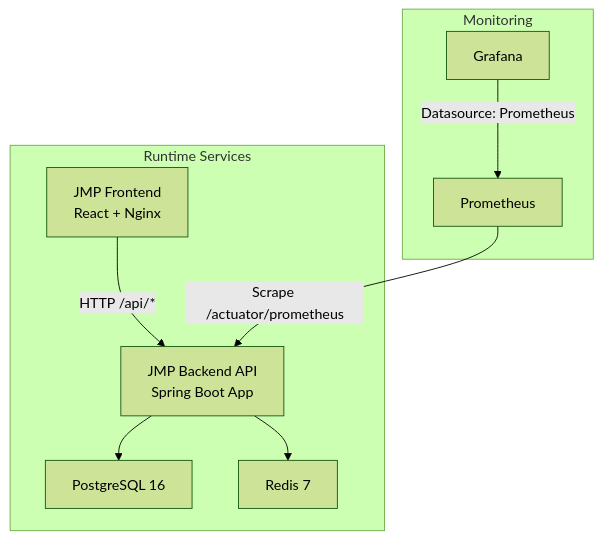
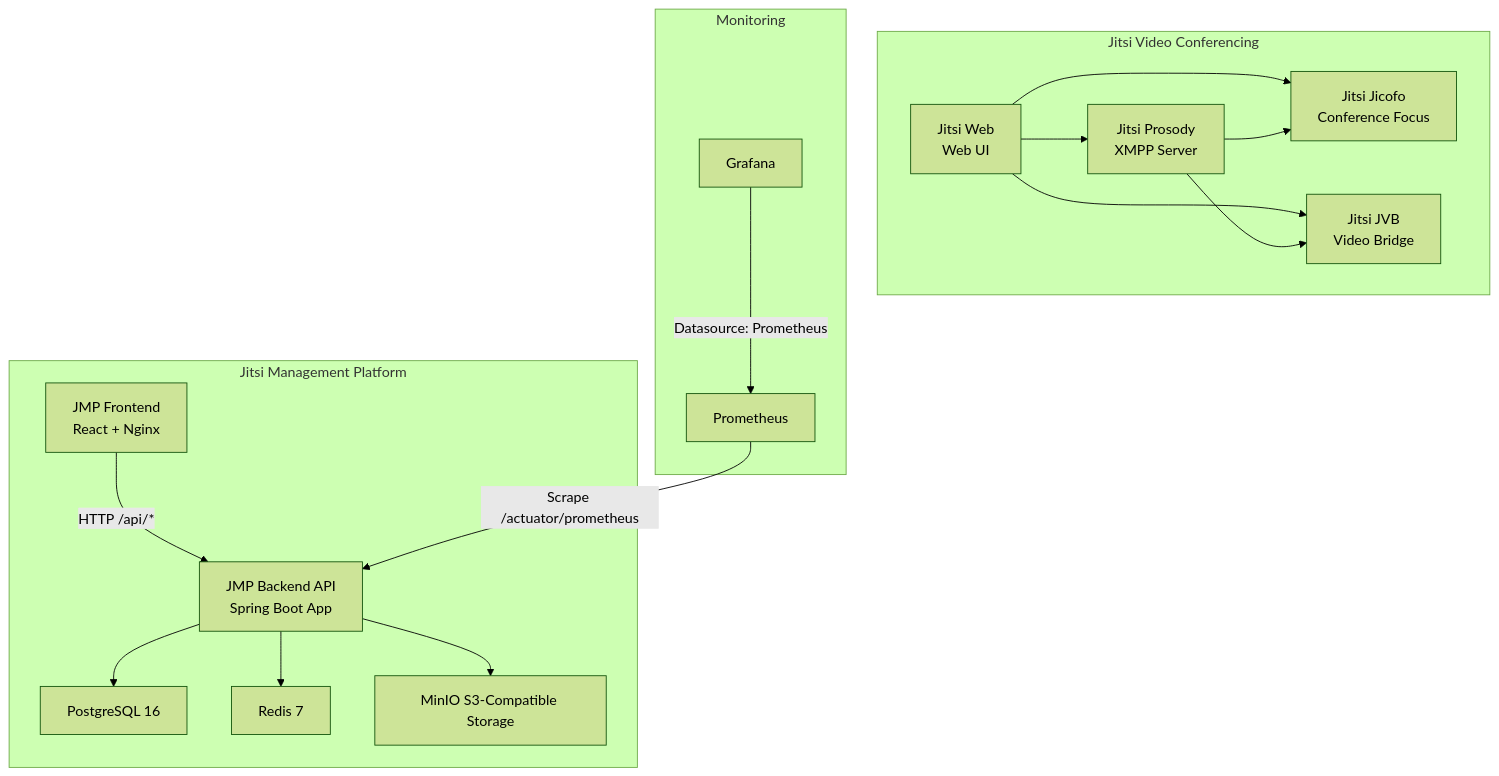
The first of 7 diagrams in .qoder/repowiki/en/content/Deployment and DevOps/Deployment and DevOps.md (Vostrikov2014/vks-qoder), drawn with Mermaid (forest theme) before and after one commit. The commit also changed other lines of this file and 9 other files, not shown here.

````diff
--- a/.qoder/repowiki/en/content/Deployment and DevOps/Deployment and DevOps.md
+++ b/.qoder/repowiki/en/content/Deployment and DevOps/Deployment and DevOps.md
@@ -36,18 +52,31 @@
 ```mermaid
 graph TB
-subgraph "Runtime Services"
+subgraph "Jitsi Management Platform"
 API["JMP Backend API<br/>Spring Boot App"]
 UI["JMP Frontend<br/>React + Nginx"]
 DB["PostgreSQL 16"]
 CACHE["Redis 7"]
+MINIO["MinIO S3-Compatible Storage"]
+end
+subgraph "Jitsi Video Conferencing"
+WEB["Jitsi Web<br/>Web UI"]
+PROSODY["Jitsi Prosody<br/>XMPP Server"]
+JICOFO["Jitsi Jicofo<br/>Conference Focus"]
+JVB["Jitsi JVB<br/>Video Bridge"]
 end
 subgraph "Monitoring"
 PROM["Prometheus"]
 GRAF["Grafana"]
 end
 UI --> |"HTTP /api/*"| API
 API --> DB
 API --> CACHE
+API --> MINIO
+WEB --> PROSODY
+WEB --> JICOFO
+WEB --> JVB
+PROSODY --> JICOFO
+PROSODY --> JVB
 PROM --> |"Scrape /actuator/prometheus"| API
 GRAF --> |"Datasource: Prometheus"| PROM
 ```
````
